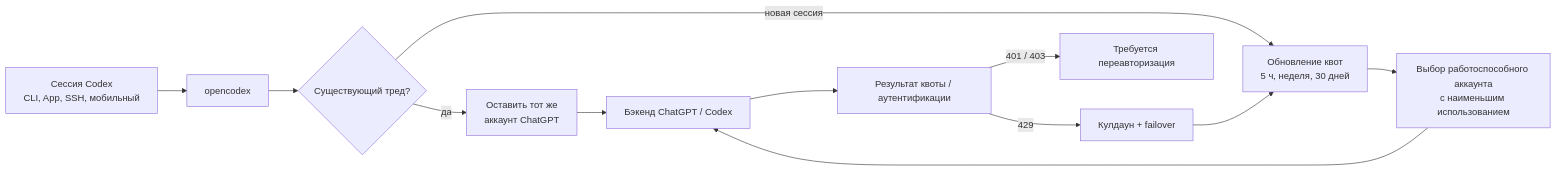
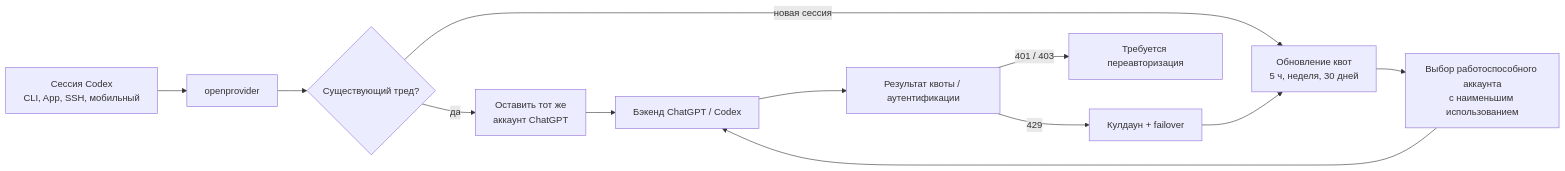
The diagram in readme/README.ru.md (mDevsLabs/OpenProvider), drawn with Mermaid before and after one commit. The commit also changed other lines of this file and 1154 other files, not shown here.

````diff
--- a/readme/README.ru.md
+++ b/readme/README.ru.md
@@ -53,14 +53,14 @@
 ```mermaid
 flowchart LR
-  codex[Сессия Codex<br/>CLI, App, SSH, мобильный] --> proxy[opencodex]
+  codex[Сессия Codex<br/>CLI, App, SSH, мобильный] --> proxy[openprovider]
   proxy --> existing{Существующий тред?}
   existing -->|да| pinned[Оставить тот же<br/>аккаунт ChatGPT]
   existing -->|новая сессия| quota[Обновление квот<br/>5 ч, неделя, 30 дней]
   quota --> pick[Выбор работоспособного аккаунта<br/>с наименьшим использованием]
   pick --> upstream[Бэкенд ChatGPT / Codex]
   pinned --> upstream
   upstream --> outcomes[Результат квоты / аутентификации]
   outcomes -->|429| cooldown[Кулдаун + failover]
   outcomes -->|401 / 403| reauth[Требуется переавторизация]
   cooldown --> quota
 ```
````
